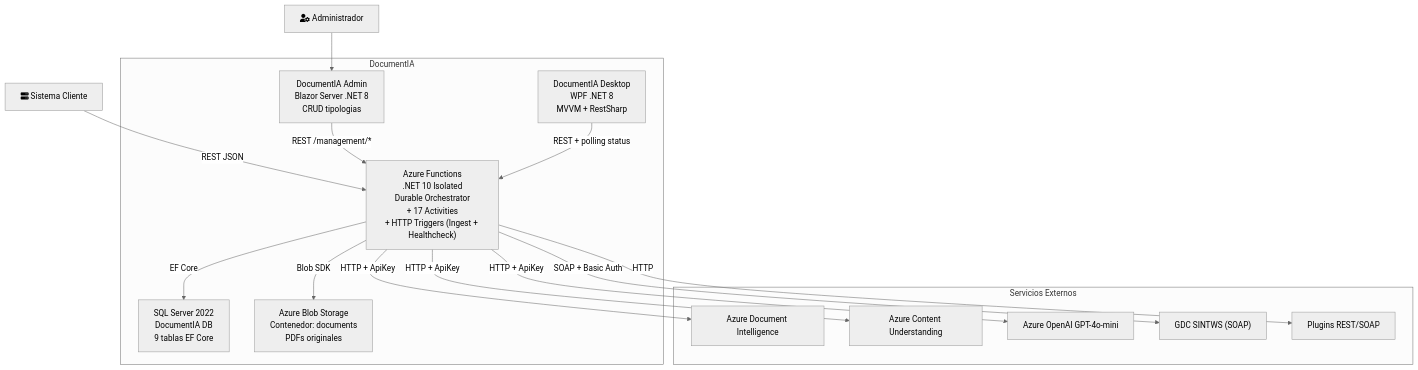
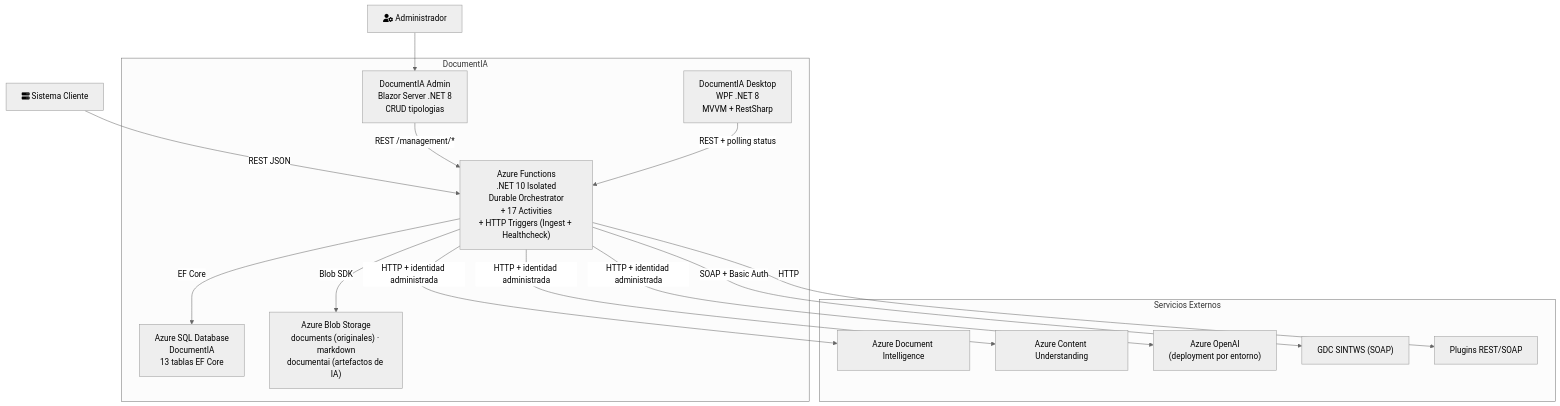
One commit to nvcrisologo02/AI-DocClassExt changed the sixth of 6 diagrams in docs/01_ARQUITECTURA_SISTEMA.md. Above: the diagram before and after it, drawn with Mermaid (neutral theme). The commit also changed other lines of this file and 4 other files, not shown here.

````diff
--- a/docs/01_ARQUITECTURA_SISTEMA.md
+++ b/docs/01_ARQUITECTURA_SISTEMA.md
@@ -455,34 +494,34 @@
 ```mermaid
 flowchart TB
     CLIENT["fa:fa-server Sistema Cliente"]
     ADMIN_USER["fa:fa-user-cog Administrador"]
 
     subgraph DocumentIA["DocumentIA"]
         FUNCAPP["Azure Functions<br/>.NET 10 Isolated<br/>Durable Orchestrator<br/>+ 17 Activities<br/>+ HTTP Triggers (Ingest + Healthcheck)"]
-        SQLDB["SQL Server 2022<br/>DocumentIA DB<br/>9 tablas EF Core"]
-        BLOBST["Azure Blob Storage<br/>Contenedor: documents<br/>PDFs originales"]
+        SQLDB["Azure SQL Database<br/>DocumentIA<br/>13 tablas EF Core"]
+        BLOBST["Azure Blob Storage<br/>documents (originales) · markdown<br/>documentai (artefactos de IA)"]
         DESKTOP_APP["DocumentIA Desktop<br/>WPF .NET 8<br/>MVVM + RestSharp"]
         ADMIN_APP["DocumentIA Admin<br/>Blazor Server .NET 8<br/>CRUD tipologias"]
     end
 
     subgraph External["Servicios Externos"]
         DI_SVC["Azure Document Intelligence"]
         CU_SVC["Azure Content Understanding"]
-        OAI_SVC["Azure OpenAI GPT-4o-mini"]
+        OAI_SVC["Azure OpenAI<br/>(deployment por entorno)"]
         GDC_SVC["GDC SINTWS (SOAP)"]
         REST_PLUGINS["Plugins REST/SOAP"]
     end
 
     CLIENT -->|"REST JSON"| FUNCAPP
     ADMIN_USER --> ADMIN_APP
     ADMIN_APP -->|"REST /management/*"| FUNCAPP
     DESKTOP_APP -->|"REST + polling status"| FUNCAPP
 
     FUNCAPP -->|"EF Core"| SQLDB
     FUNCAPP -->|"Blob SDK"| BLOBST
-    FUNCAPP -->|"HTTP + ApiKey"| DI_SVC
-    FUNCAPP -->|"HTTP + ApiKey"| CU_SVC
-    FUNCAPP -->|"HTTP + ApiKey"| OAI_SVC
+    FUNCAPP -->|"HTTP + identidad administrada"| DI_SVC
+    FUNCAPP -->|"HTTP + identidad administrada"| CU_SVC
+    FUNCAPP -->|"HTTP + identidad administrada"| OAI_SVC
     FUNCAPP -->|"SOAP + Basic Auth"| GDC_SVC
     FUNCAPP -->|"HTTP"| REST_PLUGINS
 ```
````
